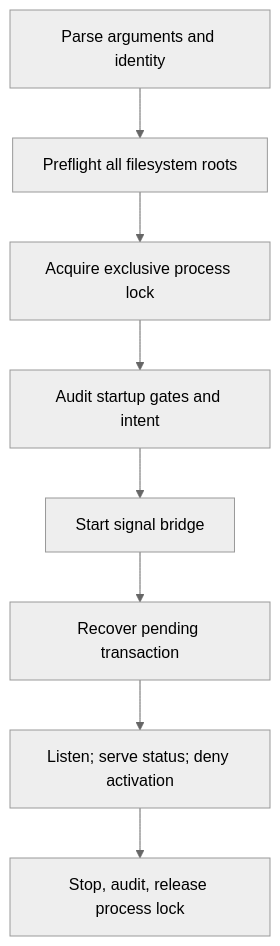
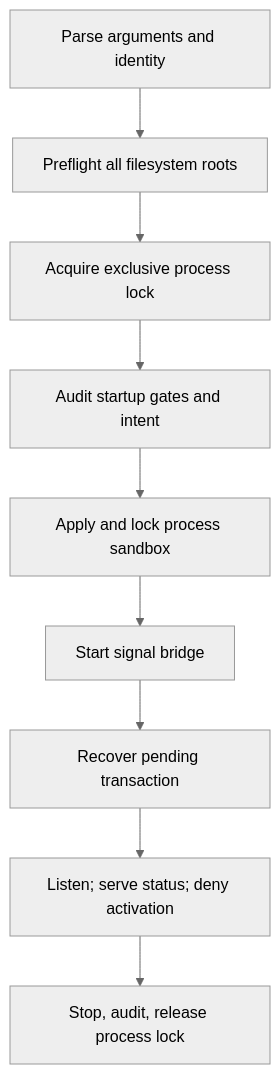
The diagram in docs/reference/privileged-daemon.md (Robin-Goerlach/SASD-Gatehold), drawn with Mermaid (neutral theme) before and after one commit. The commit also changed other lines of this file and 16 other files, not shown here.

````diff
--- a/docs/reference/privileged-daemon.md
+++ b/docs/reference/privileged-daemon.md
@@ -48,10 +48,11 @@
 ```mermaid
 flowchart TD
     A["Parse arguments and identity"] --> B["Preflight all filesystem roots"]
     B --> C["Acquire exclusive process lock"]
     C --> D["Audit startup gates and intent"]
-    D --> E["Start signal bridge"]
-    E --> F["Recover pending transaction"]
-    F --> G["Listen; serve status; deny activation"]
-    G --> H["Stop, audit, release process lock"]
+    D --> E["Apply and lock process sandbox"]
+    E --> F["Start signal bridge"]
+    F --> G["Recover pending transaction"]
+    G --> H["Listen; serve status; deny activation"]
+    H --> I["Stop, audit, release process lock"]
 ```
````
